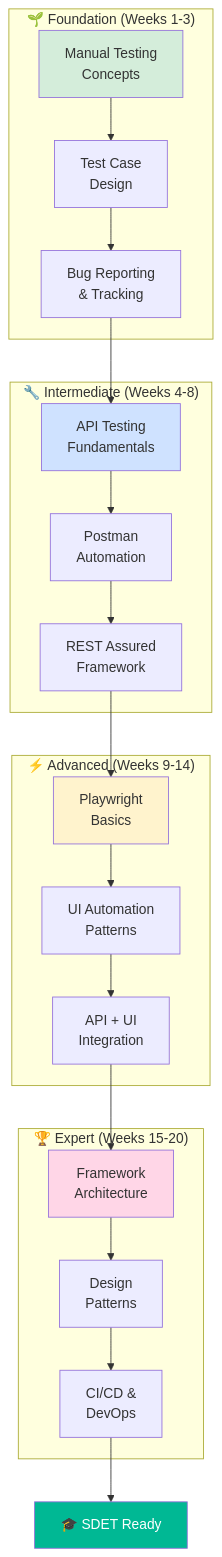
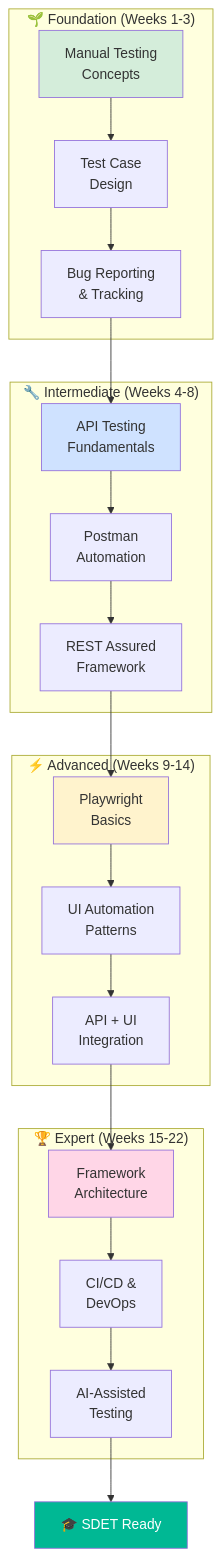
Before and after one commit to ghanendra-sdet/qa-to-sdet-roadmap: the first of 2 diagrams in 00-introduction/learning_objectives.md, drawn with Mermaid. The commit also changed other lines of this file and 23 other files, not shown here.

````diff
--- a/00-introduction/learning_objectives.md
+++ b/00-introduction/learning_objectives.md
@@ -44,33 +45,33 @@
 ```mermaid
 graph TB
     subgraph Foundation["🌱 Foundation (Weeks 1-3)"]
         A1[Manual Testing<br/>Concepts] --> A2[Test Case<br/>Design]
         A2 --> A3[Bug Reporting<br/>& Tracking]
     end
     
     subgraph Intermediate["🔧 Intermediate (Weeks 4-8)"]
         B1[API Testing<br/>Fundamentals] --> B2[Postman<br/>Automation]
         B2 --> B3[REST Assured<br/>Framework]
     end
     
     subgraph Advanced["⚡ Advanced (Weeks 9-14)"]
         C1[Playwright<br/>Basics] --> C2[UI Automation<br/>Patterns]
         C2 --> C3[API + UI<br/>Integration]
     end
     
-    subgraph Expert["🏆 Expert (Weeks 15-20)"]
-        D1[Framework<br/>Architecture] --> D2[Design<br/>Patterns]
-        D2 --> D3[CI/CD &<br/>DevOps]
+    subgraph Expert["🏆 Expert (Weeks 15-22)"]
+        D1[Framework<br/>Architecture] --> D2[CI/CD &<br/>DevOps]
+        D2 --> D3[AI-Assisted<br/>Testing]
     end
     
     A3 --> B1
     B3 --> C1
     C3 --> D1
     D3 --> E[🎓 SDET Ready]
     
     style A1 fill:#d4edda
     style B1 fill:#cfe2ff
     style C1 fill:#fff3cd
     style D1 fill:#ffd6e7
     style E fill:#00b894,color:#fff
 ```
````
